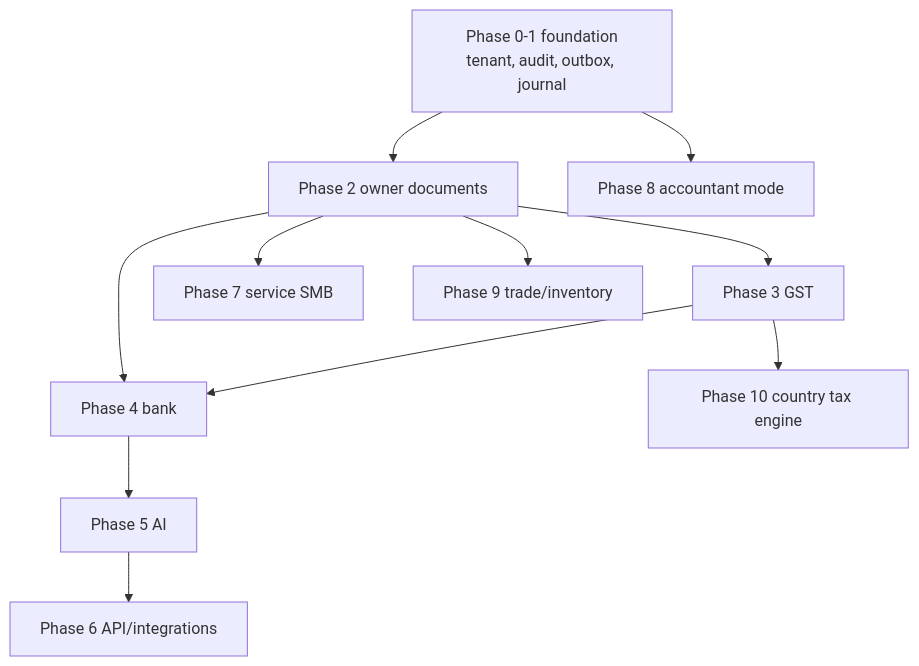
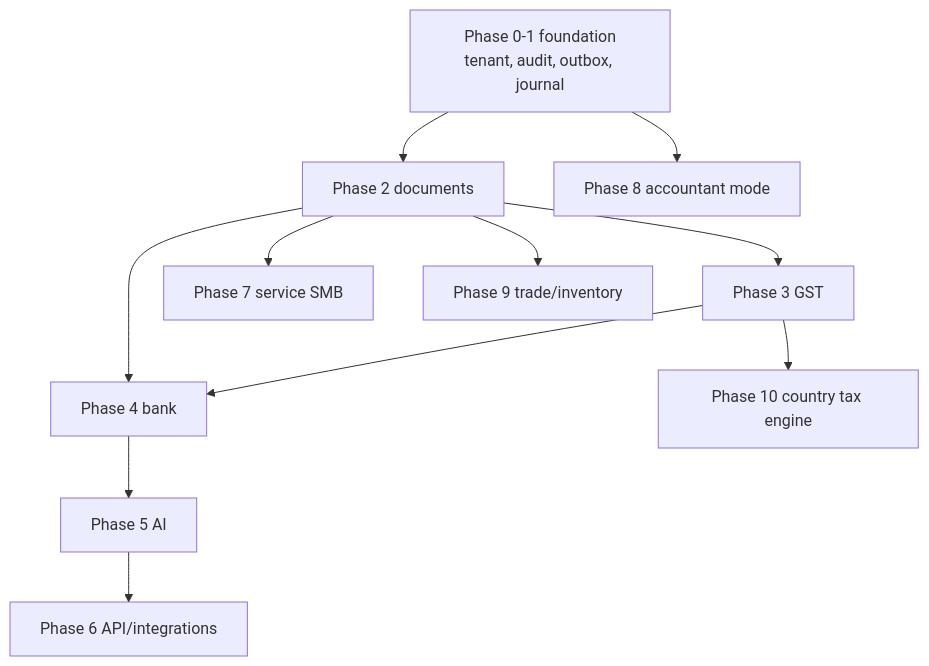
Before and after one commit to isherbuilds/edernal-books: the first of 2 diagrams in docs/superpowers/plans/2026-06-16-phases-02-10-roadmap-plans.md, drawn with Mermaid. The commit also changed other lines of this file and 44 other files, not shown here.

````diff
--- a/docs/superpowers/plans/2026-06-16-phases-02-10-roadmap-plans.md
+++ b/docs/superpowers/plans/2026-06-16-phases-02-10-roadmap-plans.md
@@ -31,13 +37,13 @@
 ```mermaid
 flowchart TD
-  Foundation["Phase 0-1 foundation<br/>tenant, audit, outbox, journal"] --> OwnerDocs["Phase 2 owner documents"]
-  OwnerDocs --> GST["Phase 3 GST"]
-  OwnerDocs --> Bank["Phase 4 bank"]
+  Foundation["Phase 0-1 foundation<br/>tenant, audit, outbox, journal"] --> Documents["Phase 2 documents"]
+  Documents --> GST["Phase 3 GST"]
+  Documents --> Bank["Phase 4 bank"]
   GST --> Bank
   Bank --> AI["Phase 5 AI"]
   AI --> Integrations["Phase 6 API/integrations"]
-  OwnerDocs --> Service["Phase 7 service SMB"]
+  Documents --> Service["Phase 7 service SMB"]
   Foundation --> Accountant["Phase 8 accountant mode"]
-  OwnerDocs --> Trade["Phase 9 trade/inventory"]
+  Documents --> Trade["Phase 9 trade/inventory"]
   GST --> TaxEngine["Phase 10 country tax engine"]
 ```
````
